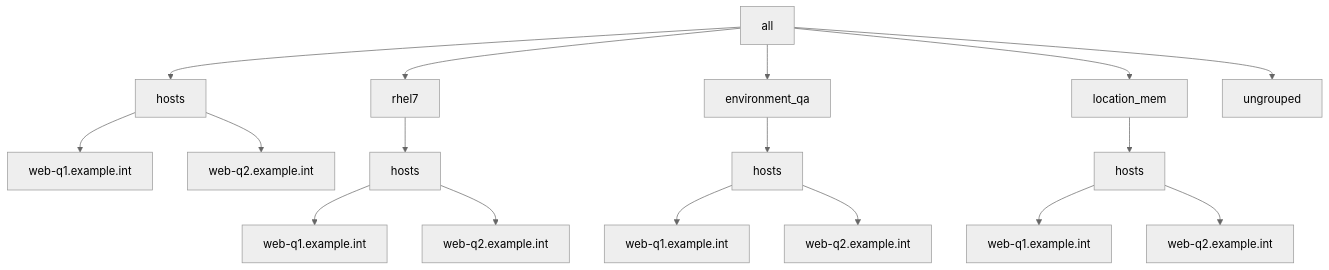
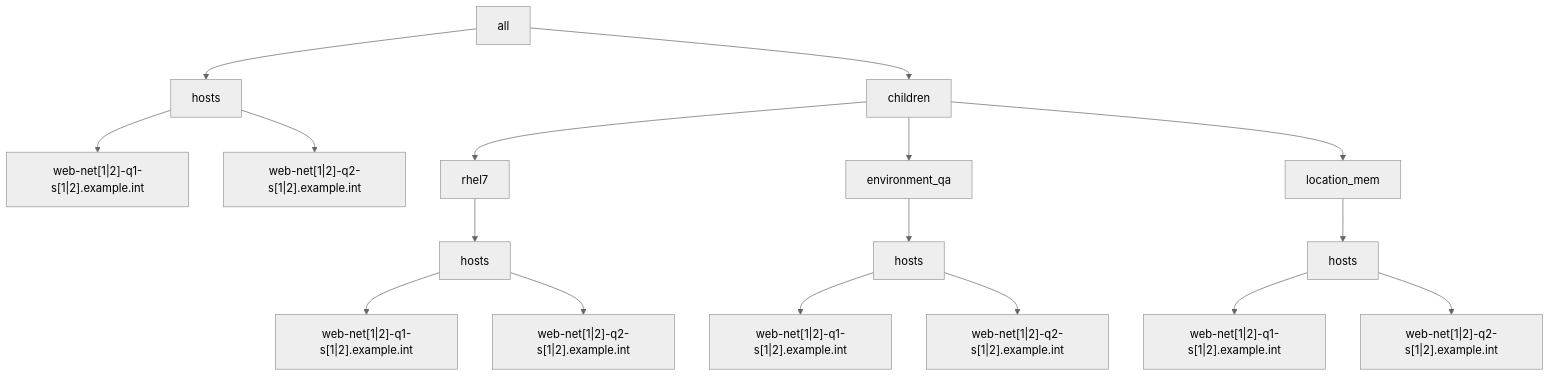
Before and after one commit to lj020326/Ansible-inventory-file-examples: the second of 2 diagrams in tests/ansible-multiple-yaml-inventories/example2/README.md, drawn with Mermaid (neutral theme). The commit also changed other lines of this file and 9 other files, not shown here.

````diff
--- a/tests/ansible-multiple-yaml-inventories/example2/README.md
+++ b/tests/ansible-multiple-yaml-inventories/example2/README.md
@@ -68,19 +31,19 @@
 ```mermaid
 graph TD;
-    A[all] --> B[hosts]
-    A[all] --> C[rhel7]
-    A[all] --> D[environment_qa]
-    A[all] --> E[location_mem]
-    A[all] --> F[ungrouped]
-    B --> G[web-q1.example.int]
-    B --> H[web-q2.example.int]
-    C --> I[hosts]
-    I --> J[web-q1.example.int]
-    I --> K[web-q2.example.int]
-    D --> L[hosts]
-    L --> M[web-q1.example.int]
-    L --> N[web-q2.example.int]
-    E --> O[hosts]
-    O --> Q[web-q1.example.int]
-    O --> P[web-q2.example.int]
+    A[all] --> C[hosts]
+    A[all] --> D[children]
+    C --> I["web-net[1|2]-q1-s[1|2].example.int"]
+    C --> J["web-net[1|2]-q2-s[1|2].example.int"]
+    D --> E[rhel7]
+    D --> F[environment_qa]
+    D --> G[location_mem]
+    E --> K[hosts]
+    K --> L["web-net[1|2]-q1-s[1|2].example.int"]
+    K --> M["web-net[1|2]-q2-s[1|2].example.int"]
+    F --> N[hosts]
+    N --> O["web-net[1|2]-q1-s[1|2].example.int"]
+    N --> P["web-net[1|2]-q2-s[1|2].example.int"]
+    G --> Q[hosts]
+    Q --> R["web-net[1|2]-q1-s[1|2].example.int"]
+    Q --> S["web-net[1|2]-q2-s[1|2].example.int"]
 ```
````
